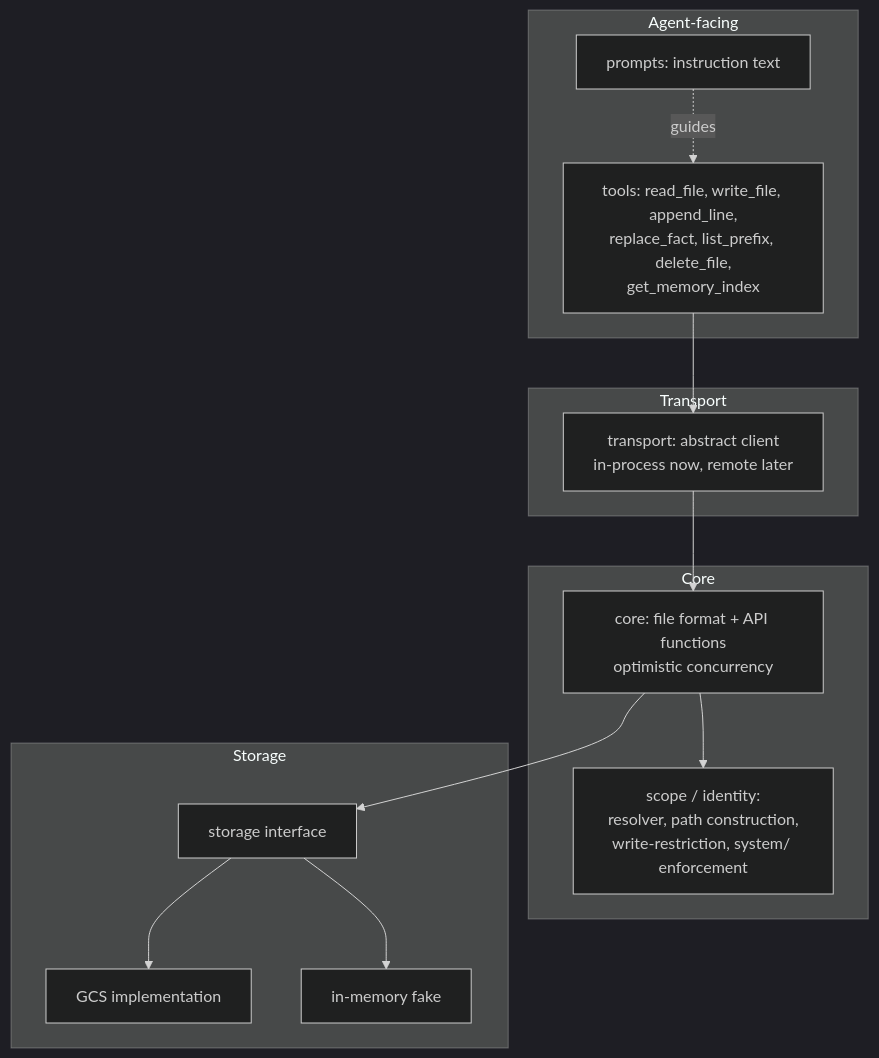
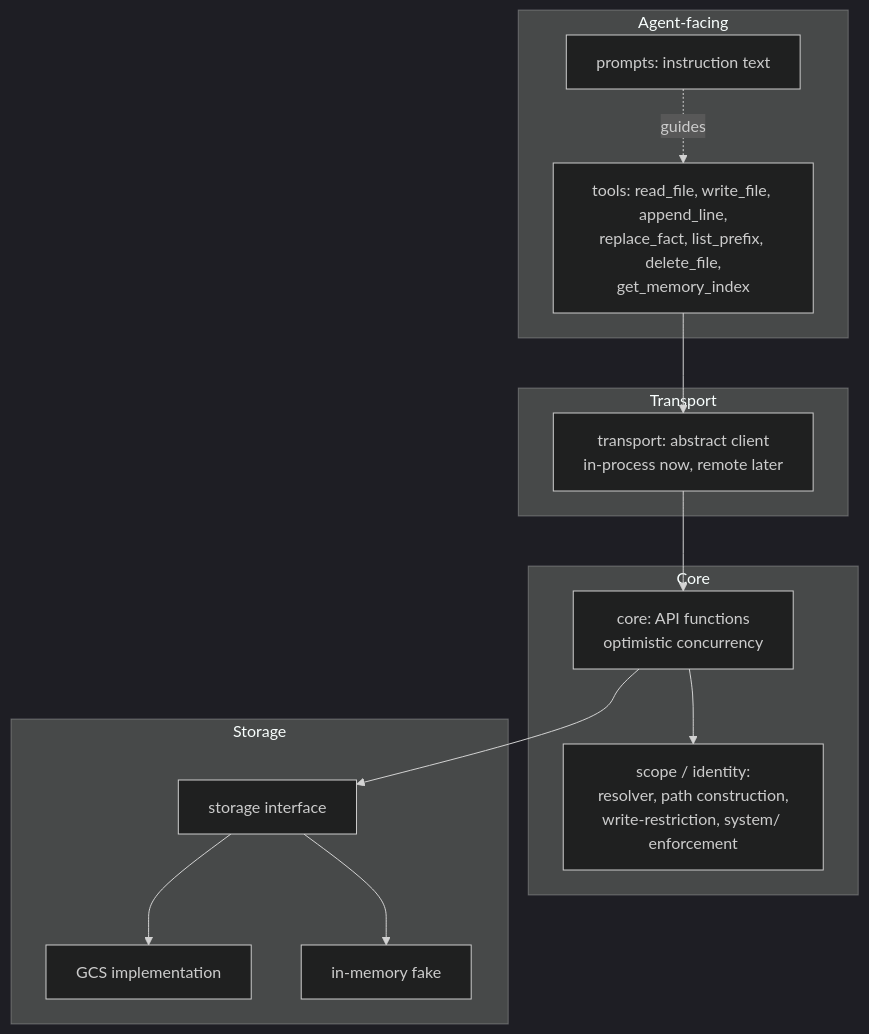
The diagram in ARCHITECTURE.md (msiebert/wenchang), drawn with Mermaid (dark theme) before and after one commit. The commit also changed other lines of this file and 10 other files, not shown here.

````diff
--- a/ARCHITECTURE.md
+++ b/ARCHITECTURE.md
@@ -57,27 +66,27 @@
 ```mermaid
 flowchart TB
     subgraph Agent-facing
         prompts[prompts: instruction text]
         tools[tools: read_file, write_file, append_line,\nreplace_fact, list_prefix, delete_file,\nget_memory_index]
     end
     subgraph Transport
         transport[transport: abstract client\nin-process now, remote later]
     end
     subgraph Core
-        core[core: file format + API functions\noptimistic concurrency]
+        core[core: API functions\noptimistic concurrency]
         scope[scope / identity:\nresolver, path construction,\nwrite-restriction, system/ enforcement]
     end
     subgraph Storage
         storageiface[storage interface]
         gcs[GCS implementation]
         fake[in-memory fake]
     end
 
     prompts -.guides.-> tools
     tools --> transport
     transport --> core
     core --> scope
     core --> storageiface
     storageiface --> gcs
     storageiface --> fake
 ```
````
